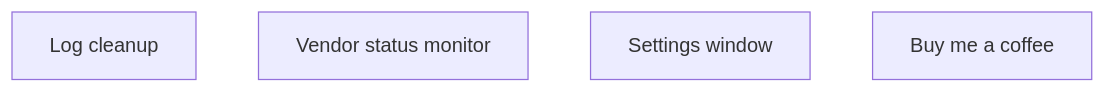
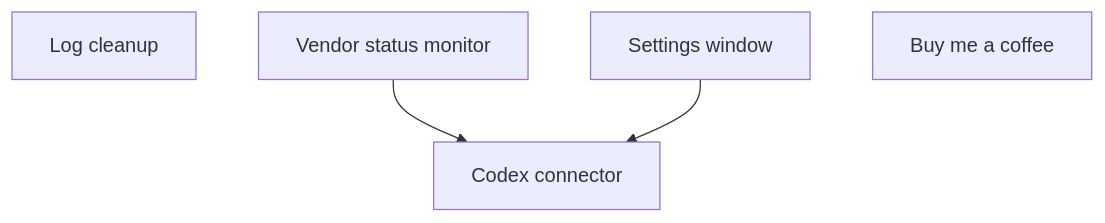
One commit to fcamblor/mac-ai-trackers changed the diagram in roadmap/index.md. Above: the diagram before and after it, drawn with Mermaid. The commit also changed other lines of this file, not shown here.

Commit message:
refactor(roadmap): order epics by dependency, add Codex connector to graph
Position codex-connector as epic #5 (after its two dependencies) and wire the
Mermaid dependency graph with edges: vendor-status-monitor → codex-connector,
settings-window → codex-connector. This establishes that JSON schema evolution
and per-vendor menu bar config must be addressed before Codex can be integrated.

Entire-Checkpoint: 5c9cd258af28

````diff
--- a/roadmap/index.md
+++ b/roadmap/index.md
@@ -11,7 +11,10 @@
 ```mermaid
 graph TD
     log-cleanup["Log cleanup"]
     vendor-status-monitor["Vendor status monitor"]
     settings-window["Settings window"]
     buy-me-a-coffee["Buy me a coffee"]
+    codex-connector["Codex connector"]
+    vendor-status-monitor --> codex-connector
+    settings-window --> codex-connector
 ```
````
